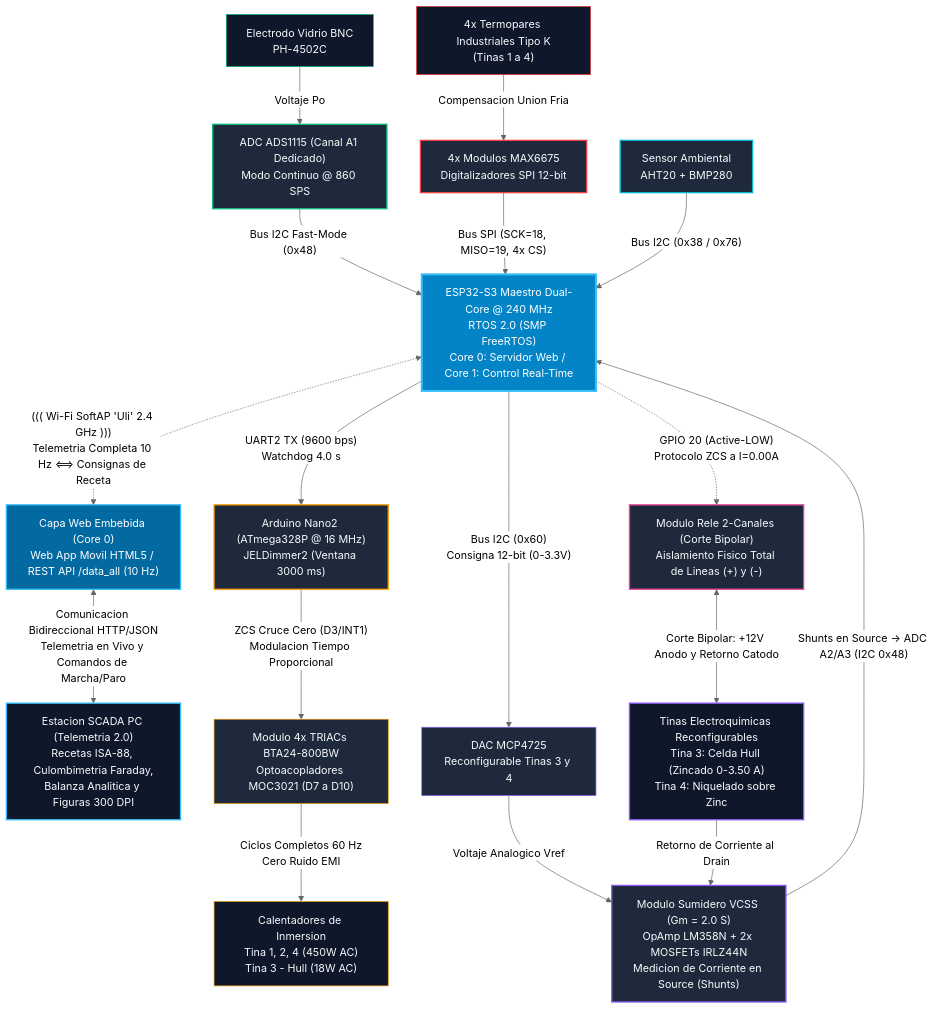
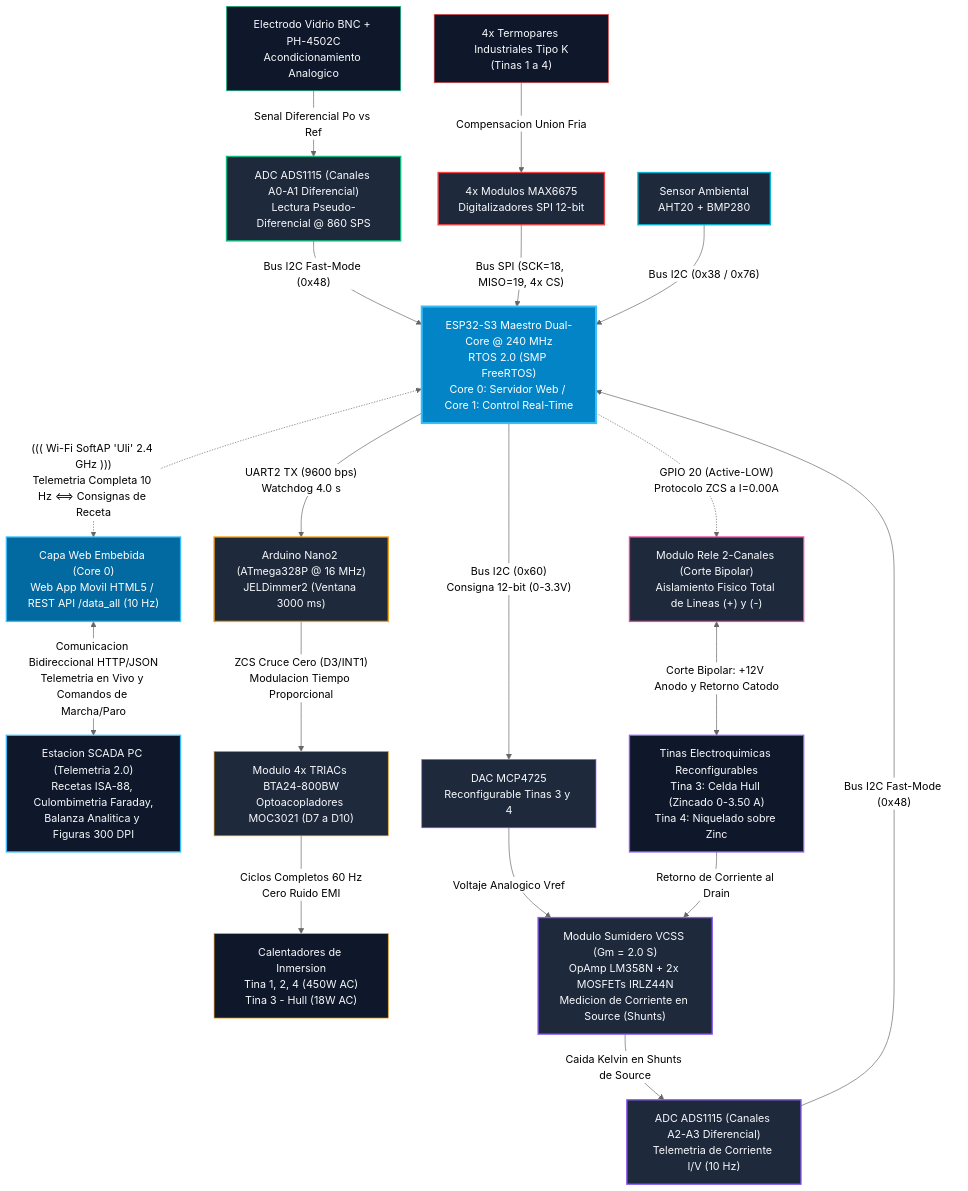
Before and after one commit to Chavacastro98/Proyecto: the diagram in README.md, drawn with Mermaid (neutral theme). The commit also changed other lines of this file and 28 other files, not shown here.

Commit message:
docs(diagrams): integrar canales diferenciales ads1115 en arquitectura mermaid, nutrir github pages y corregir tema oscuro en readme

````diff
--- a/README.md
+++ b/README.md
@@ -39,59 +39,61 @@
 ```mermaid
 flowchart TD
     %% CAPA SUPERIOR: RED INALAMBRICA Y SUPERVISION
     SCADA["Estacion SCADA PC (Telemetria 2.0)<br/>Recetas ISA-88, Culombimetria Faraday,<br/>Balanza Analitica y Figuras 300 DPI"]
     WEB["Capa Web Embebida (Core 0)<br/>Web App Movil HTML5 / REST API /data_all (10 Hz)"]
 
     %% NODO CENTRAL ORQUESTADOR
     ESP["ESP32-S3 Maestro Dual-Core @ 240 MHz<br/>RTOS 2.0 (SMP FreeRTOS)<br/>Core 0: Servidor Web / Core 1: Control Real-Time"]
 
     %% ENLACE INALÁMBRICO BIDIRECCIONAL (HACIA ARRIBA)
     ESP <.->|"((( Wi-Fi SoftAP 'Uli' 2.4 GHz )))<br/>Telemetria Completa 10 Hz <==> Consignas de Receta"| WEB
     WEB <-->|"Comunicacion Bidireccional HTTP/JSON<br/>Telemetria en Vivo y Comandos de Marcha/Paro"| SCADA
 
     %% RAMA 1: CONTROL TERMICO AC (EN CASCADA)
     ESP -->|"UART2 TX (9600 bps)<br/>Watchdog 4.0 s"| NANO["Arduino Nano2 (ATmega328P @ 16 MHz)<br/>JELDimmer2 (Ventana 3000 ms)"]
     NANO -->|"ZCS Cruce Cero (D3/INT1)<br/>Modulacion Tiempo Proporcional"| TRIACS["Modulo 4x TRIACs BTA24-800BW<br/>Optoacopladores MOC3021 (D7 a D10)"]
     TRIACS -->|"Ciclos Completos 60 Hz<br/>Cero Ruido EMI"| CALENTADORES["Calentadores de Inmersion<br/>Tina 1, 2, 4 (450W AC)<br/>Tina 3 - Hull (18W AC)"]
 
     %% RAMA 2: CORRIENTE GALVANICA VCSS (CORTE BIPOLAR + Y -)
     ESP -->|"Bus I2C (0x60)<br/>Consigna 12-bit (0-3.3V)"| DAC["DAC MCP4725<br/>Reconfigurable Tinas 3 y 4"]
     DAC -->|"Voltaje Analogico Vref"| VCSS["Modulo Sumidero VCSS (Gm = 2.0 S)<br/>OpAmp LM358N + 2x MOSFETs IRLZ44N<br/>Medicion de Corriente en Source (Shunts)"]
     ESP -.->|"GPIO 20 (Active-LOW)<br/>Protocolo ZCS a I=0.00A"| RELE["Modulo Rele 2-Canales (Corte Bipolar)<br/>Aislamiento Fisico Total de Lineas (+) y (-)"]
     RELE <-->|"Corte Bipolar: +12V Anodo y Retorno Catodo"| CELDA["Tinas Electroquimicas Reconfigurables<br/>Tina 3: Celda Hull (Zincado 0-3.50 A)<br/>Tina 4: Niquelado sobre Zinc"]
     CELDA -->|"Retorno de Corriente al Drain"| VCSS
-    VCSS -->|"Shunts en Source -> ADC A2/A3 (I2C 0x48)"| ESP
+    VCSS -->|"Caida Kelvin en Shunts de Source"| ADS_CURRENT["ADC ADS1115 (Canales A2-A3 Diferencial)<br/>Telemetria de Corriente I/V (10 Hz)"]
+    ADS_CURRENT -->|"Bus I2C Fast-Mode (0x48)"| ESP
 
     %% RAMA 3: INSTRUMENTACION PH
-    ELECTRODO["Electrodo Vidrio BNC<br/>PH-4502C"] -->|"Voltaje Po"| ADS_PH["ADC ADS1115 (Canal A1 Dedicado)<br/>Modo Continuo @ 860 SPS"]
+    ELECTRODO["Electrodo Vidrio BNC + PH-4502C<br/>Acondicionamiento Analogico"] -->|"Senal Diferencial Po vs Ref"| ADS_PH["ADC ADS1115 (Canales A0-A1 Diferencial)<br/>Lectura Pseudo-Diferencial @ 860 SPS"]
     ADS_PH -->|"Bus I2C Fast-Mode (0x48)"| ESP
 
     %% RAMA 4: TERMOMETRIA
     TERMOS["4x Termopares Industriales Tipo K<br/>(Tinas 1 a 4)"] -->|"Compensacion Union Fria"| MAXS["4x Modulos MAX6675<br/>Digitalizadores SPI 12-bit"]
     MAXS -->|"Bus SPI (SCK=18, MISO=19, 4x CS)"| ESP
 
     %% RAMA 5: AMBIENTE
     AMB["Sensor Ambiental<br/>AHT20 + BMP280"] -->|"Bus I2C (0x38 / 0x76)"| ESP
 
     %% ESTILOS VISUALES
     style ESP fill:#0284c7,stroke:#38bdf8,stroke-width:3px,color:#ffffff
     style SCADA fill:#0f172a,stroke:#38bdf8,stroke-width:2px,color:#f8fafc
     style WEB fill:#0369a1,stroke:#38bdf8,stroke-width:2px,color:#ffffff
 
     style NANO fill:#1e293b,stroke:#f59e0b,stroke-width:2px,color:#f8fafc
     style TRIACS fill:#1e293b,stroke:#f59e0b,stroke-width:1px,color:#f8fafc
     style CALENTADORES fill:#0f172a,stroke:#f59e0b,stroke-width:1px,color:#f8fafc
 
     style DAC fill:#1e293b,stroke:#8b5cf6,stroke-width:1px,color:#f8fafc
     style VCSS fill:#1e293b,stroke:#8b5cf6,stroke-width:2px,color:#f8fafc
     style RELE fill:#1e293b,stroke:#ec4899,stroke-width:2px,color:#f8fafc
     style CELDA fill:#0f172a,stroke:#8b5cf6,stroke-width:2px,color:#f8fafc
+    style ADS_CURRENT fill:#1e293b,stroke:#8b5cf6,stroke-width:2px,color:#f8fafc
 
     style ELECTRODO fill:#0f172a,stroke:#10b981,stroke-width:1px,color:#f8fafc
     style ADS_PH fill:#1e293b,stroke:#10b981,stroke-width:2px,color:#f8fafc
 
     style TERMOS fill:#0f172a,stroke:#ef4444,stroke-width:1px,color:#f8fafc
     style MAXS fill:#1e293b,stroke:#ef4444,stroke-width:2px,color:#f8fafc
 
     style AMB fill:#1e293b,stroke:#06b6d4,stroke-width:2px,color:#f8fafc
 ```
````
